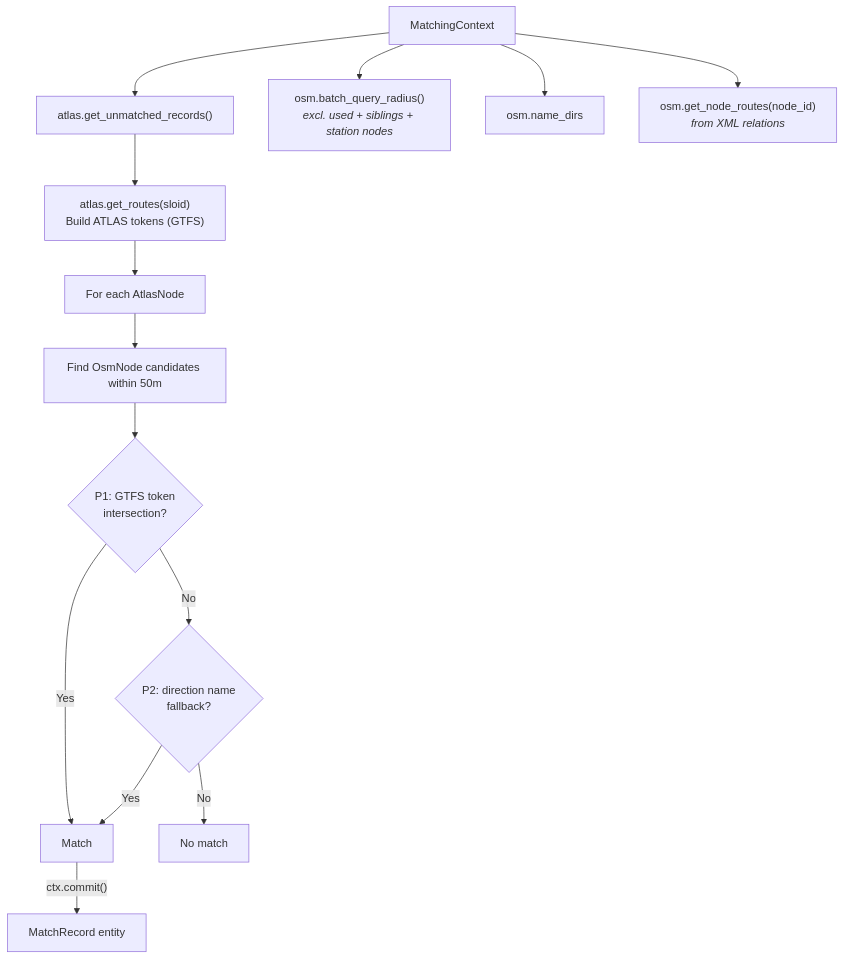
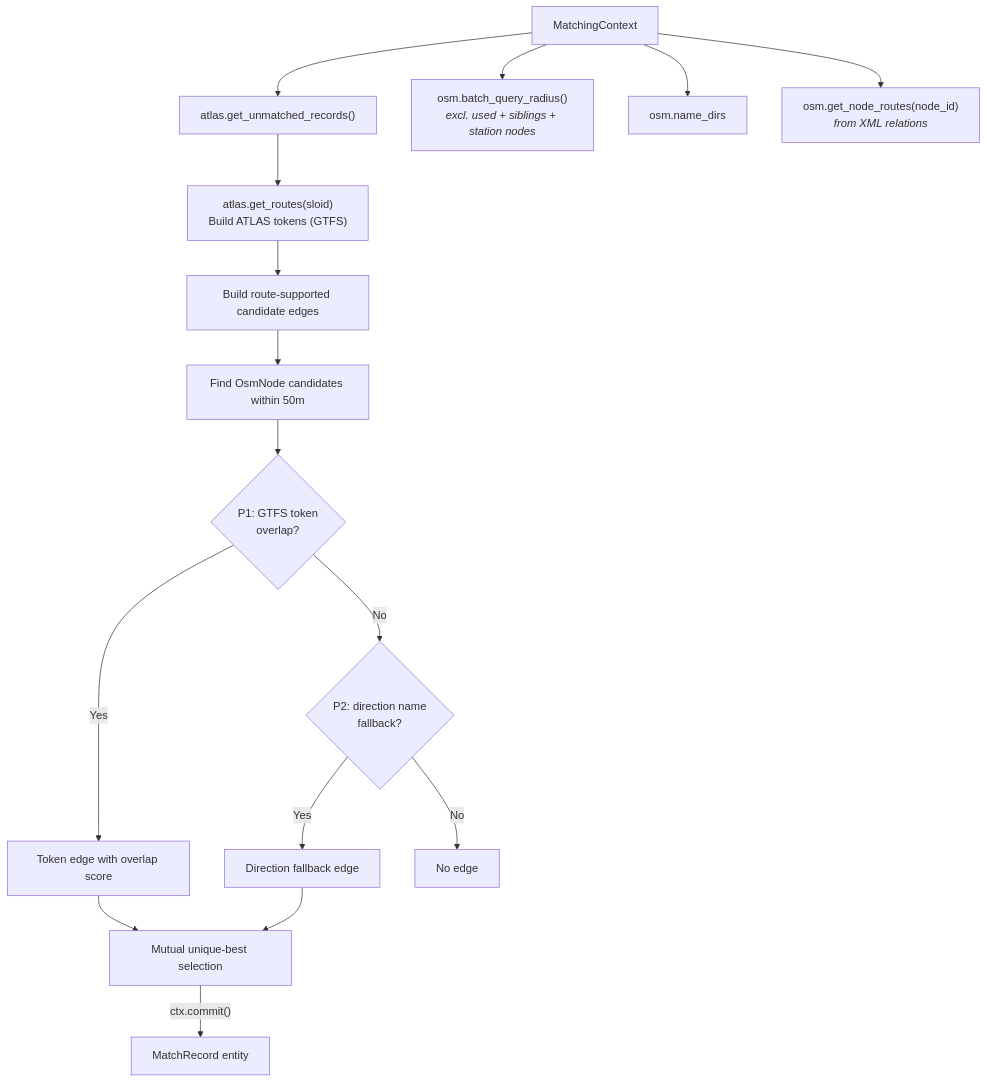
The diagram in documentation/2.4 Stop-stop matching using routes.md (openTdataCH/stop_sync_osm_atlas), drawn with Mermaid before and after one commit. The commit also changed other lines of this file and 24 other files, not shown here.

Commit message:
Improved matching pipline order, gtfs predicate, deleted exact posspas predicate, added contradict route matching problem.

````diff
--- a/documentation/2.4 Stop-stop matching using routes.md
+++ b/documentation/2.4 Stop-stop matching using routes.md
@@ -5,17 +5,19 @@
 ```mermaid
 flowchart TB
     CTX["MatchingContext"] --> UA["atlas.get_unmatched_records()"]
     CTX --> OSM["osm.batch_query_radius()<br/><i>excl. used + siblings + station nodes</i>"]
     CTX --> DIRS["osm.name_dirs"]
     CTX --> NR["osm.get_node_routes(node_id)<br/><i>from XML relations</i>"]
 
     UA --> T["atlas.get_routes(sloid)<br/>Build ATLAS tokens (GTFS)"]
-    T --> LOOP["For each AtlasNode"]
+    T --> LOOP["Build route-supported candidate edges"]
     LOOP --> C["Find OsmNode candidates within 50m"]
-    C --> P1{"P1: GTFS token<br/>intersection?"}
-    P1 -->|Yes| M["Match"]
+    C --> P1{"P1: GTFS token<br/>overlap?"}
+    P1 -->|Yes| E1["Token edge with overlap score"]
     P1 -->|No| P2{"P2: direction name<br/>fallback?"}
-    P2 -->|Yes| M
-    P2 -->|No| X["No match"]
-    M -->|"ctx.commit()"| OUT["MatchRecord entity"]
+    P2 -->|Yes| E2["Direction fallback edge"]
+    P2 -->|No| X["No edge"]
+    E1 --> S["Mutual unique-best selection"]
+    E2 --> S
+    S -->|"ctx.commit()"| OUT["MatchRecord entity"]
 ```
````
